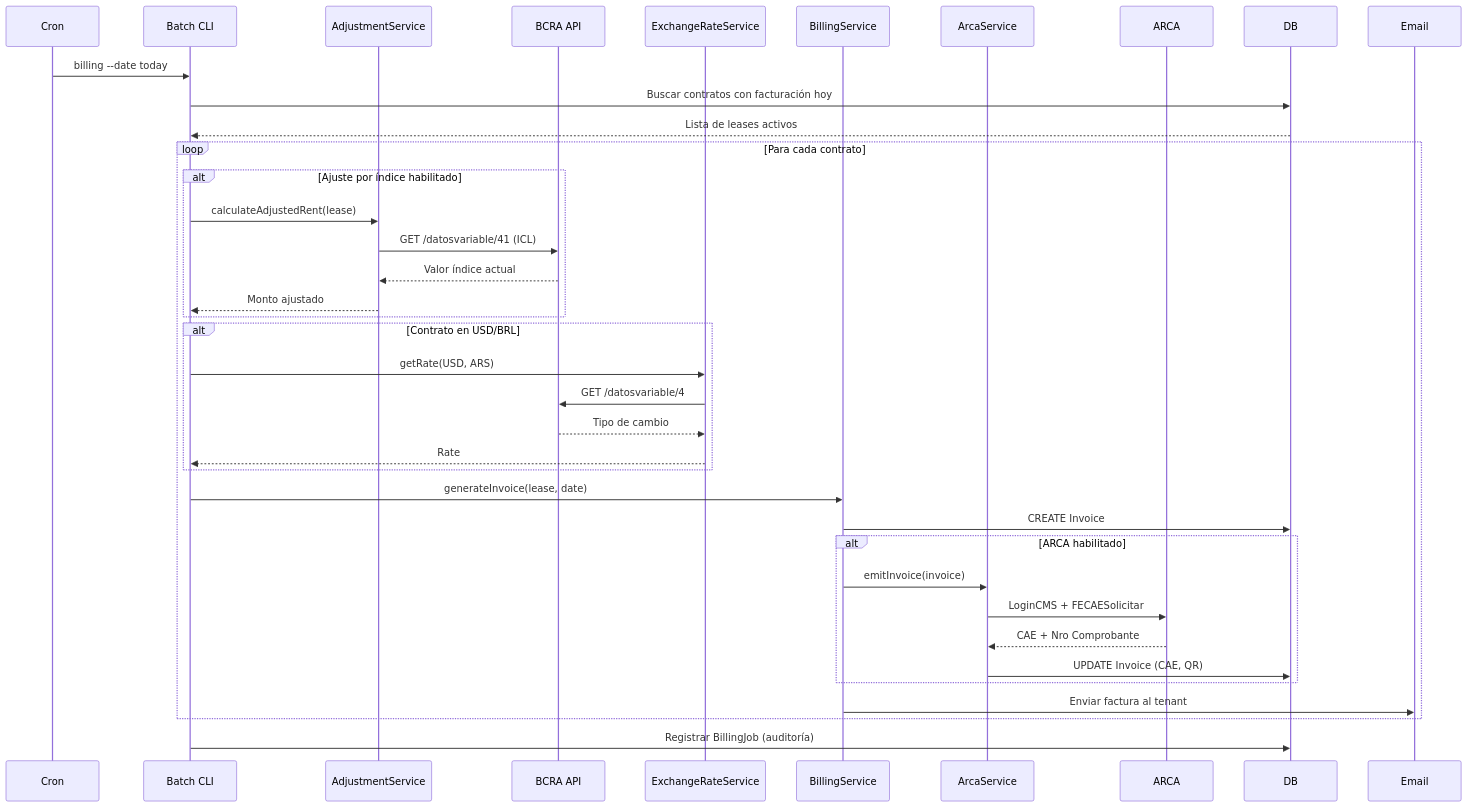
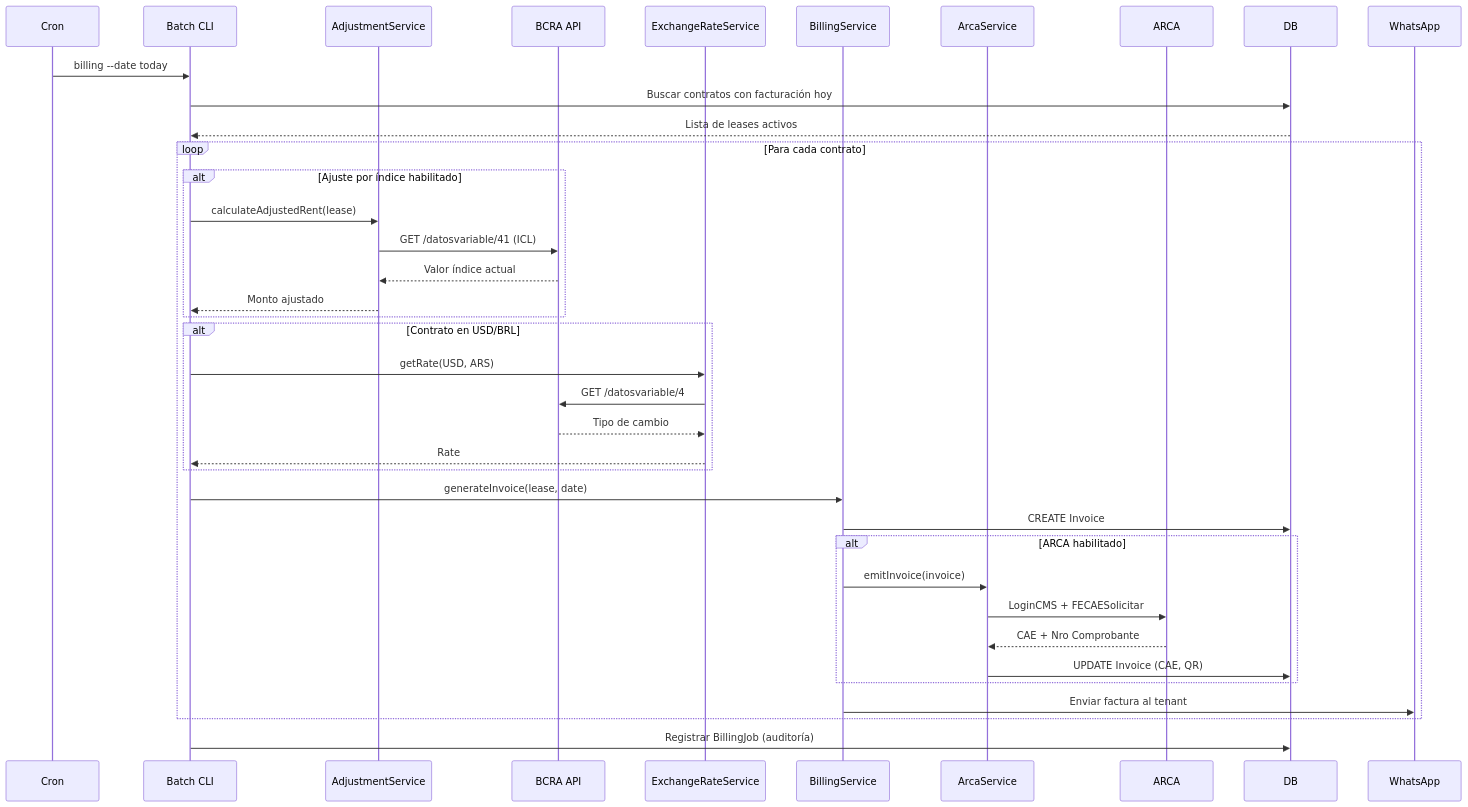
The eighth of 14 diagrams in docs/technical/sequence.md (andrescastiglia/rent), drawn with Mermaid before and after one commit. The commit also changed other lines of this file and 33 other files, not shown here.

First line of the commit message:
feat: integrate WhatsApp messaging for notifications and reminders

````diff
--- a/docs/technical/sequence.md
+++ b/docs/technical/sequence.md
@@ -226,47 +226,47 @@
 ```mermaid
 sequenceDiagram
     participant Cron
     participant Batch as Batch CLI
     participant AdjustmentSvc as AdjustmentService
     participant BCRA as BCRA API
     participant ExchangeSvc as ExchangeRateService
     participant BillingSvc as BillingService
     participant ArcaSvc as ArcaService
     participant ARCA
     participant DB
-    participant Email
+    participant WhatsApp
 
     Cron->>Batch: billing --date today
     Batch->>DB: Buscar contratos con facturación hoy
     DB-->>Batch: Lista de leases activos
     
     loop Para cada contrato
         alt Ajuste por índice habilitado
             Batch->>AdjustmentSvc: calculateAdjustedRent(lease)
             AdjustmentSvc->>BCRA: GET /datosvariable/41 (ICL)
             BCRA-->>AdjustmentSvc: Valor índice actual
             AdjustmentSvc-->>Batch: Monto ajustado
         end
         
         alt Contrato en USD/BRL
             Batch->>ExchangeSvc: getRate(USD, ARS)
             ExchangeSvc->>BCRA: GET /datosvariable/4
             BCRA-->>ExchangeSvc: Tipo de cambio
             ExchangeSvc-->>Batch: Rate
         end
         
         Batch->>BillingSvc: generateInvoice(lease, date)
         BillingSvc->>DB: CREATE Invoice
         
         alt ARCA habilitado
             BillingSvc->>ArcaSvc: emitInvoice(invoice)
             ArcaSvc->>ARCA: LoginCMS + FECAESolicitar
             ARCA-->>ArcaSvc: CAE + Nro Comprobante
             ArcaSvc->>DB: UPDATE Invoice (CAE, QR)
         end
         
-        BillingSvc->>Email: Enviar factura al tenant
+        BillingSvc->>WhatsApp: Enviar factura al tenant
     end
     
     Batch->>DB: Registrar BillingJob (auditoría)
 ```
````
